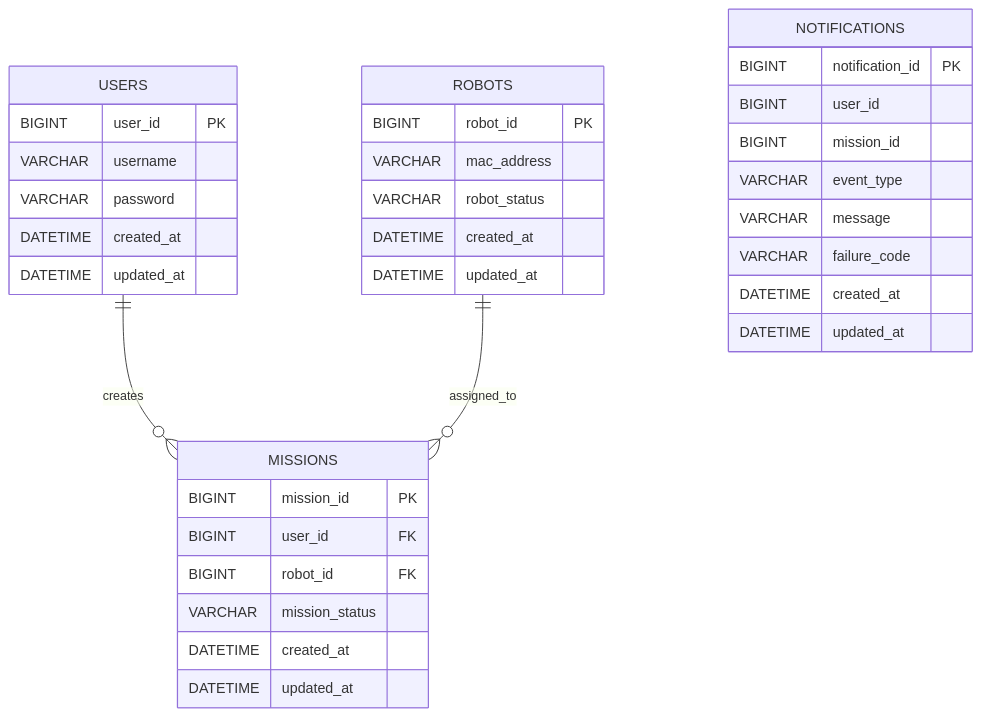
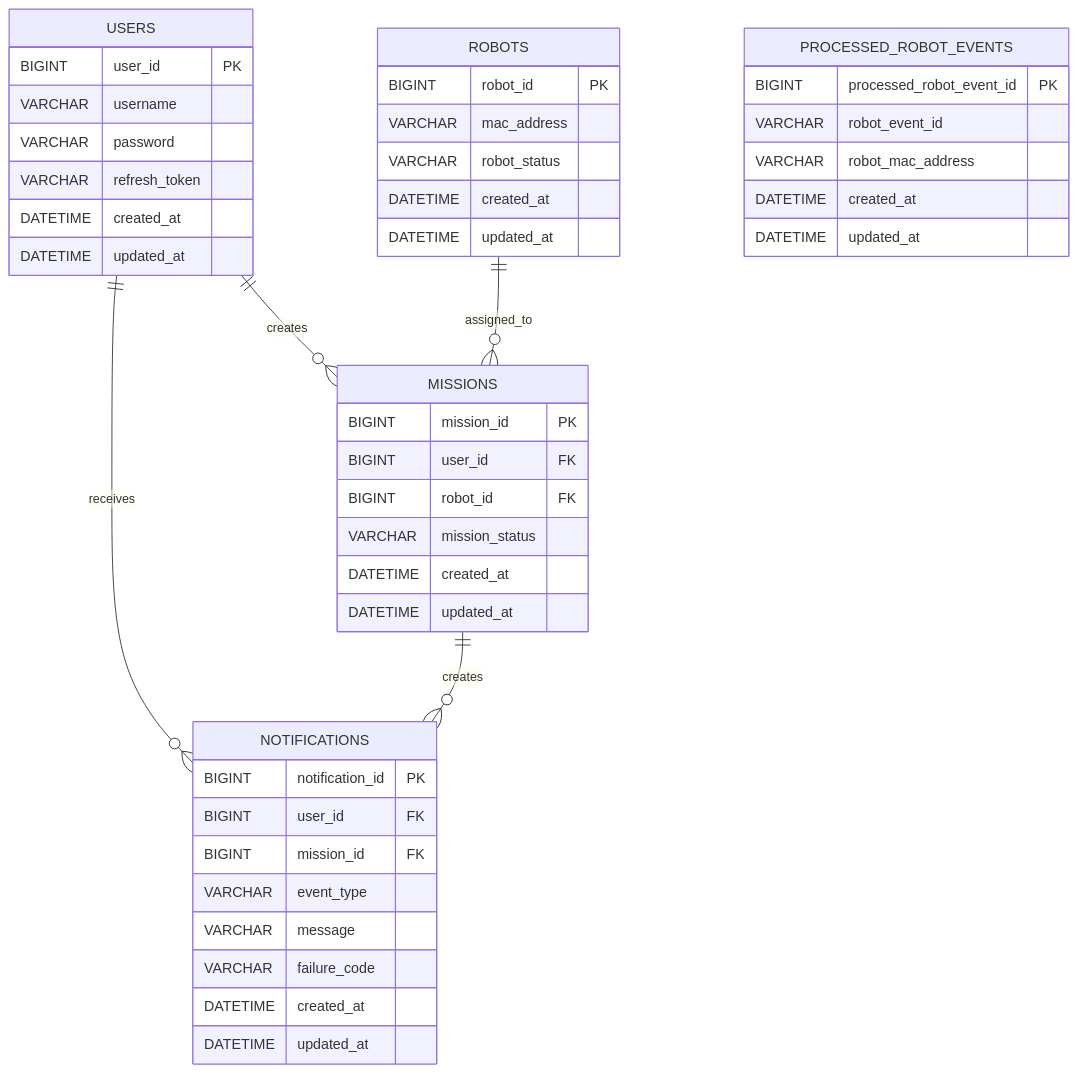
Before and after one commit to joonwan/carry-porter-be-refactoring: the second of 2 diagrams in README.md, drawn with Mermaid. The commit also changed other lines of this file and 1 other file, not shown here.

````diff
--- a/README.md
+++ b/README.md
@@ -75,41 +74,52 @@
 ```mermaid
 erDiagram
     USERS ||--o{ MISSIONS : creates
+    USERS ||--o{ NOTIFICATIONS : receives
     ROBOTS ||--o{ MISSIONS : assigned_to
+    MISSIONS ||--o{ NOTIFICATIONS : creates
 
     USERS {
         BIGINT user_id PK
         VARCHAR username
         VARCHAR password
+        VARCHAR refresh_token
         DATETIME created_at
         DATETIME updated_at
     }
 
     ROBOTS {
         BIGINT robot_id PK
         VARCHAR mac_address
         VARCHAR robot_status
         DATETIME created_at
         DATETIME updated_at
     }
 
     MISSIONS {
         BIGINT mission_id PK
         BIGINT user_id FK
         BIGINT robot_id FK
         VARCHAR mission_status
         DATETIME created_at
         DATETIME updated_at
     }
 
     NOTIFICATIONS {
         BIGINT notification_id PK
-        BIGINT user_id
-        BIGINT mission_id
+        BIGINT user_id FK
+        BIGINT mission_id FK
         VARCHAR event_type
         VARCHAR message
         VARCHAR failure_code
         DATETIME created_at
         DATETIME updated_at
     }
+
+    PROCESSED_ROBOT_EVENTS {
+        BIGINT processed_robot_event_id PK
+        VARCHAR robot_event_id
+        VARCHAR robot_mac_address
+        DATETIME created_at
+        DATETIME updated_at
+    }
 ```
````
